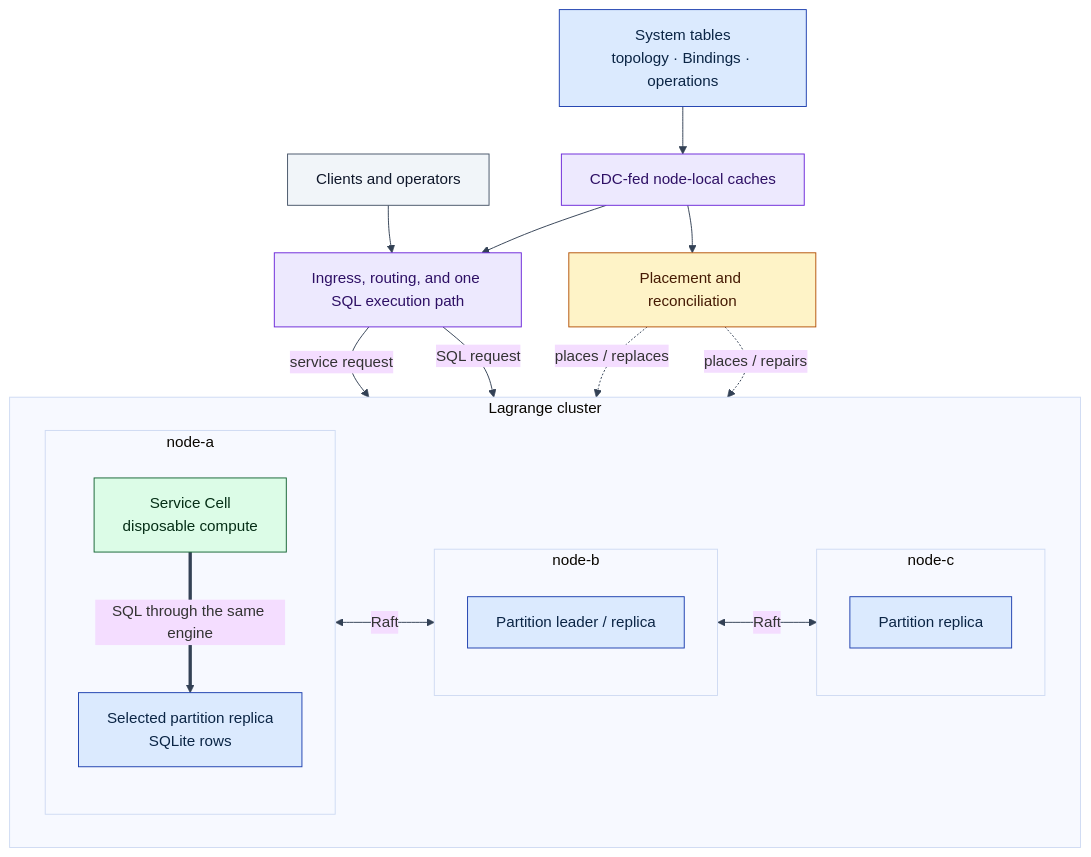
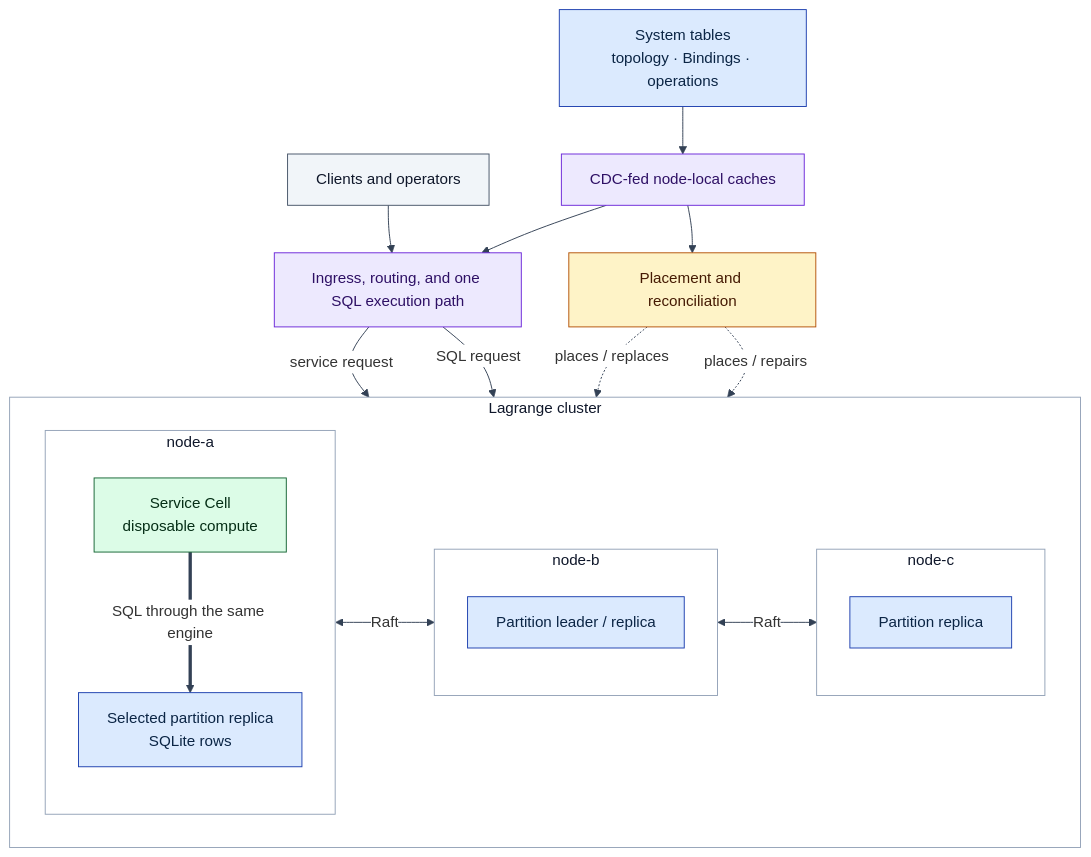
One commit to psvensson/lagrange changed the first of 9 diagrams in architecture/system-model.md. Above: the diagram before and after it, drawn with Mermaid. The commit also changed other lines of this file, not shown here.

Commit message:
Force white Mermaid backgrounds

````diff
--- a/architecture/system-model.md
+++ b/architecture/system-model.md
@@ -23,43 +23,47 @@
 ```mermaid
-%%{init: {'theme':'base','themeVariables':{'background':'#ffffff','lineColor':'#334155','textColor':'#0f172a'}}}%%
+%%{init: {'theme':'base','darkMode':false,'themeCSS':'svg { background-color: #ffffff !important; }','themeVariables':{'background':'#ffffff','clusterBkg':'#ffffff','clusterBorder':'#94a3b8','edgeLabelBackground':'#ffffff','lineColor':'#334155','textColor':'#0f172a'}}}%%
 flowchart TB
   CLIENT["Clients and operators"]:::ext --> INGRESS["Ingress, routing, and one SQL execution path"]:::move
 
   subgraph CLUSTER["Lagrange cluster"]
     direction LR
 
     subgraph A["node-a"]
       direction TB
       CELL["Service Cell<br/>disposable compute"]:::svc
       RA["Selected partition replica<br/>SQLite rows"]:::data
       CELL ==>|"SQL through the same engine"| RA
     end
 
     subgraph B["node-b"]
       direction TB
       RB["Partition leader / replica"]:::data
     end
 
     subgraph C["node-c"]
       direction TB
       RC["Partition replica"]:::data
     end
   end
 
   INGRESS -->|"service request"| CELL
   INGRESS -->|"SQL request"| RA
   RA <-->|"Raft"| RB
   RB <-->|"Raft"| RC
 
   META["System tables<br/>topology · Bindings · operations"]:::data --> CDC["CDC-fed node-local caches"]:::move
   CDC --> INGRESS
   CDC --> PLACE["Placement and reconciliation"]:::ctrl
   PLACE -. "places / replaces" .-> CELL
   PLACE -. "places / repairs" .-> RA
 
+  style CLUSTER fill:#ffffff,stroke:#94a3b8,color:#0f172a
+  style A fill:#ffffff,stroke:#94a3b8,color:#0f172a
+  style B fill:#ffffff,stroke:#94a3b8,color:#0f172a
+  style C fill:#ffffff,stroke:#94a3b8,color:#0f172a
   classDef data fill:#dbeafe,stroke:#1e40af,color:#0b2545
   classDef svc fill:#dcfce7,stroke:#166534,color:#052e16
   classDef ctrl fill:#fef3c7,stroke:#b45309,color:#451a03
   classDef move fill:#ede9fe,stroke:#6d28d9,color:#2e1065
   classDef ext fill:#f1f5f9,stroke:#475569,color:#0f172a
 ```
````
